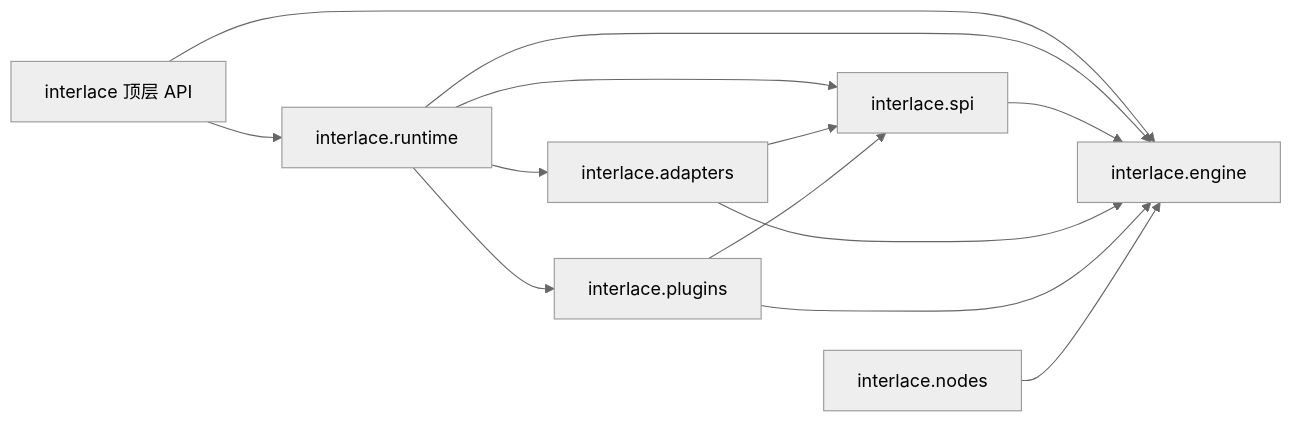
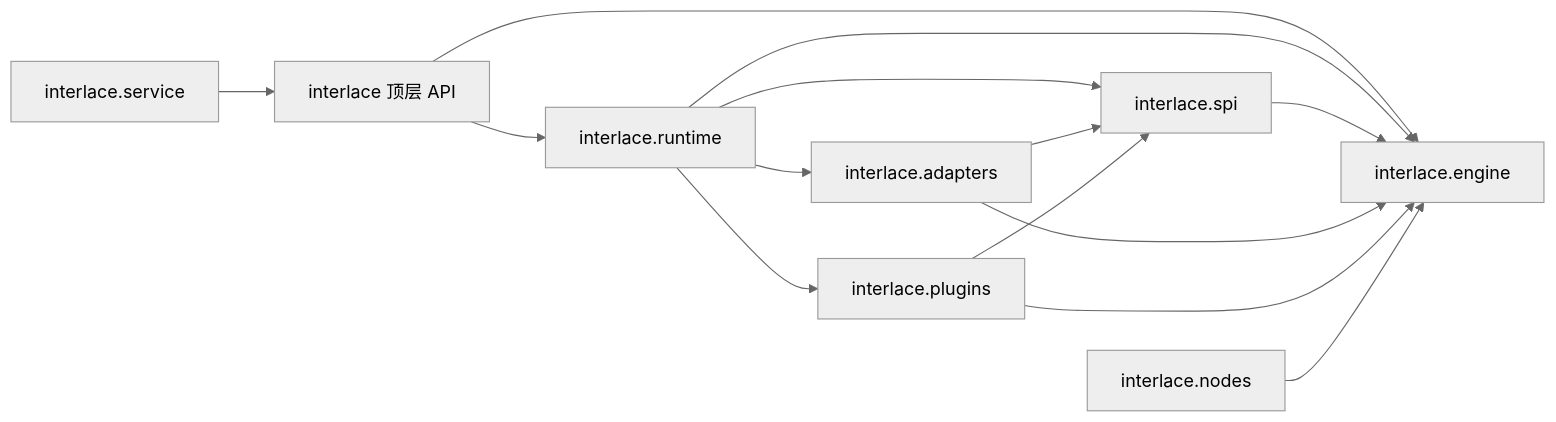
The first of 5 diagrams in docs/06-runtime-architecture.md (KKKKKKKEM/interlace), drawn with Mermaid (neutral theme) before and after one commit. The commit also changed other lines of this file and 55 other files, not shown here.

````diff
--- a/docs/06-runtime-architecture.md
+++ b/docs/06-runtime-architecture.md
@@ -60,15 +68,16 @@
 ```mermaid
 flowchart LR
     Public[interlace 顶层 API] --> Engine[interlace.engine]
     Public --> Runtime[interlace.runtime]
     Runtime --> Engine
     Runtime --> SPI[interlace.spi]
     Runtime --> Plugins[interlace.plugins]
     Runtime --> Adapters[interlace.adapters]
     SPI --> Engine
     Adapters --> SPI
     Adapters --> Engine
     Plugins --> Engine
     Plugins --> SPI
     Nodes[interlace.nodes] --> Engine
+    Service[interlace.service] --> Public
 ```
````
